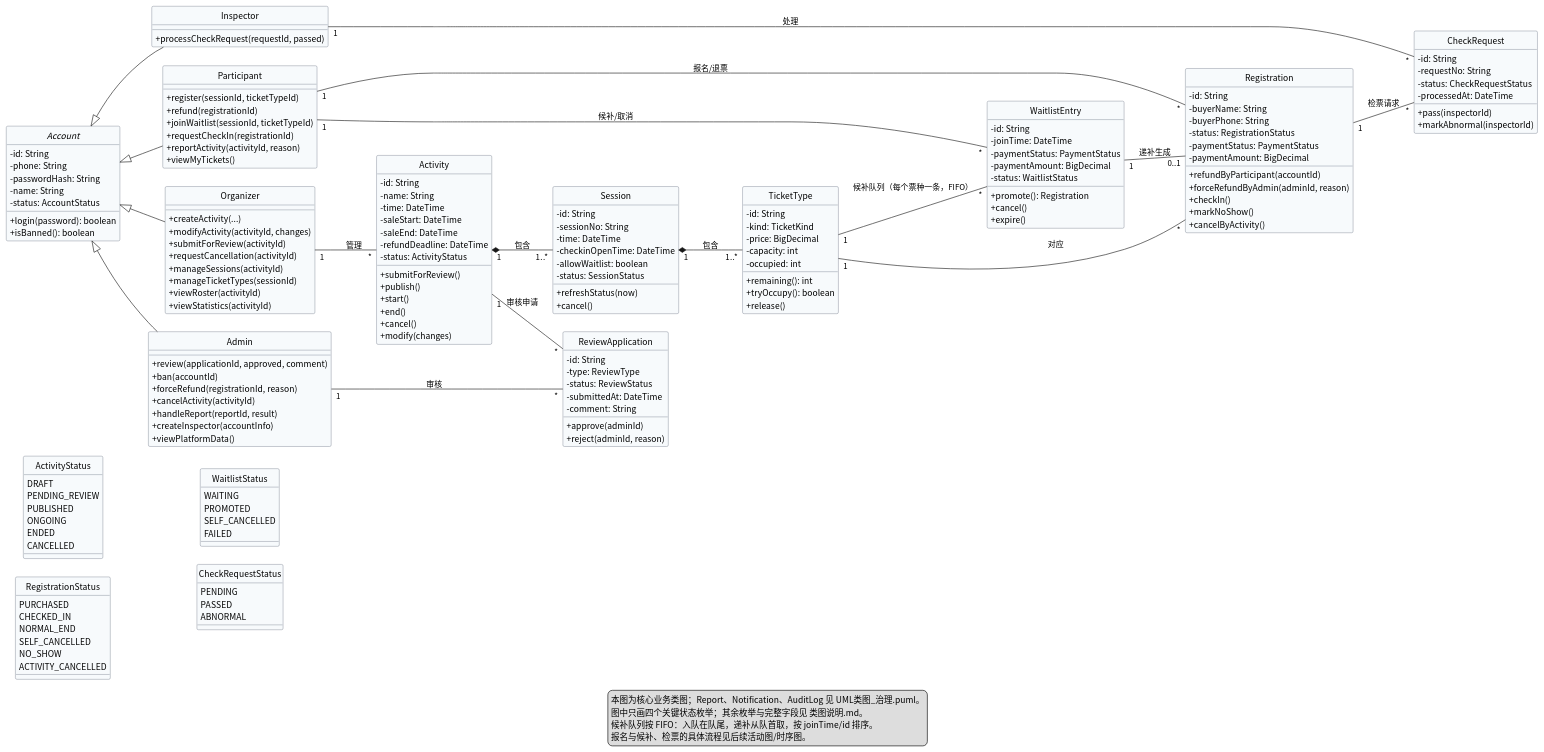
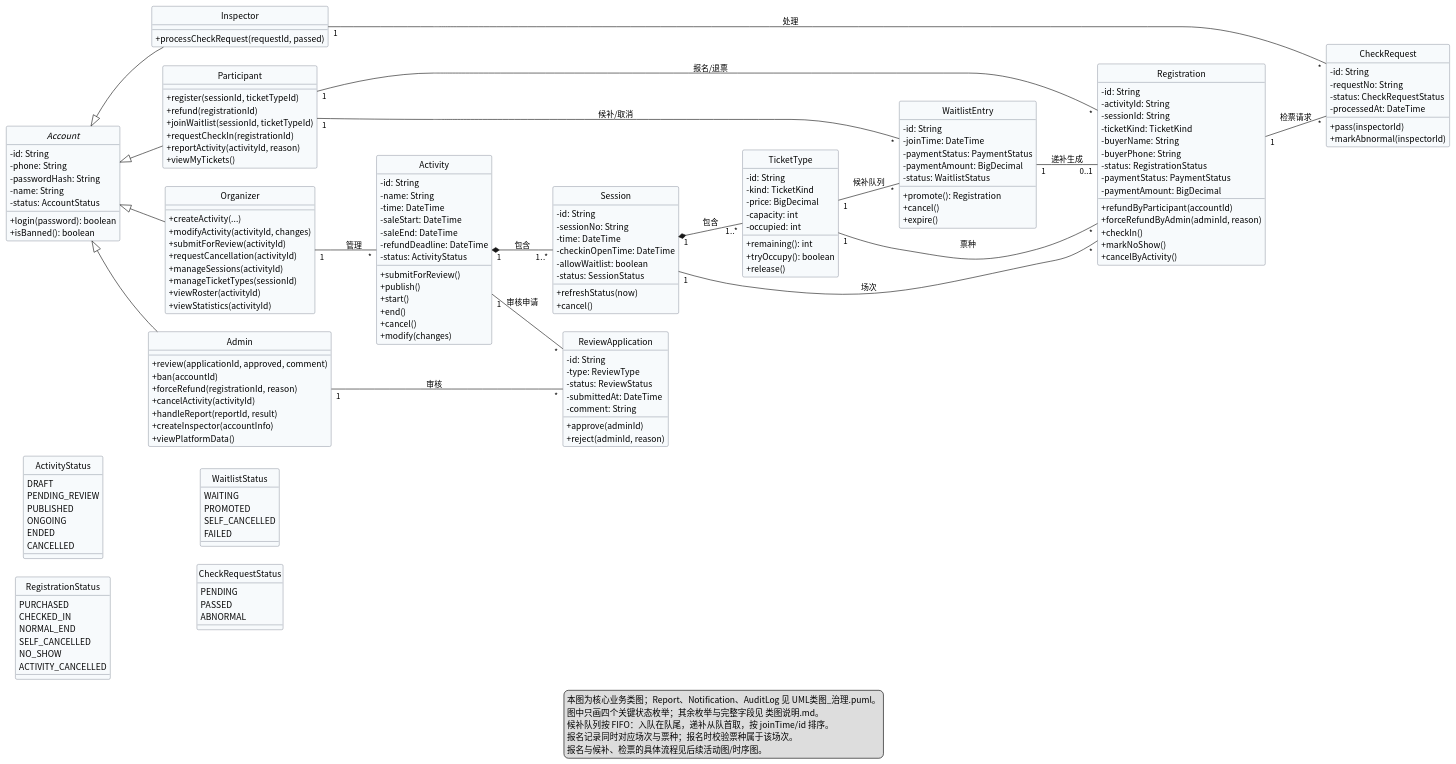
The diagram in lab2/UML/UML类图.puml (Lewis-44-China/se-lab1-requirements), drawn with PlantUML before and after one commit. The commit also changed 3 other files, not shown here.

```diff
--- a/lab2/UML/UML类图.puml
+++ b/lab2/UML/UML类图.puml
@@ -1,185 +1,190 @@
 @startuml UML类图
 skinparam classAttributeIconSize 0
 skinparam shadowing false
 skinparam defaultFontName "Noto Sans CJK SC"
 skinparam nodesep 30
 skinparam ranksep 45
 skinparam class {
   BackgroundColor #F7FAFC
   BorderColor #4A5568
 }
 hide circle
 left to right direction
 
 together {
 abstract class Account {
   - id: String
   - phone: String
   - passwordHash: String
   - name: String
   - status: AccountStatus
   + login(password): boolean
   + isBanned(): boolean
 }
 class Participant {
   + register(sessionId, ticketTypeId)
   + refund(registrationId)
   + joinWaitlist(sessionId, ticketTypeId)
   + requestCheckIn(registrationId)
   + reportActivity(activityId, reason)
   + viewMyTickets()
 }
 class Organizer {
   + createActivity(...)
   + modifyActivity(activityId, changes)
   + submitForReview(activityId)
   + requestCancellation(activityId)
   + manageSessions(activityId)
   + manageTicketTypes(sessionId)
   + viewRoster(activityId)
   + viewStatistics(activityId)
 }
 class Inspector {
   + processCheckRequest(requestId, passed)
 }
 class Admin {
   + review(applicationId, approved, comment)
   + ban(accountId)
   + forceRefund(registrationId, reason)
   + cancelActivity(activityId)
   + handleReport(reportId, result)
   + createInspector(accountInfo)
   + viewPlatformData()
 }
 
 }
 class Activity {
   - id: String
   - name: String
   - time: DateTime
   - saleStart: DateTime
   - saleEnd: DateTime
   - refundDeadline: DateTime
   - status: ActivityStatus
   + submitForReview()
   + publish()
   + start()
   + end()
   + cancel()
   + modify(changes)
 }
 class Session {
   - id: String
   - sessionNo: String
   - time: DateTime
   - checkinOpenTime: DateTime
   - allowWaitlist: boolean
   - status: SessionStatus
   + refreshStatus(now)
   + cancel()
 }
 class TicketType {
   - id: String
   - kind: TicketKind
   - price: BigDecimal
   - capacity: int
   - occupied: int
   + remaining(): int
   + tryOccupy(): boolean
   + release()
 }
 class Registration {
   - id: String
+  - activityId: String
+  - sessionId: String
+  - ticketKind: TicketKind
   - buyerName: String
   - buyerPhone: String
   - status: RegistrationStatus
   - paymentStatus: PaymentStatus
   - paymentAmount: BigDecimal
   + refundByParticipant(accountId)
   + forceRefundByAdmin(adminId, reason)
   + checkIn()
   + markNoShow()
   + cancelByActivity()
 }
 class WaitlistEntry {
   - id: String
   - joinTime: DateTime
   - paymentStatus: PaymentStatus
   - paymentAmount: BigDecimal
   - status: WaitlistStatus
   + promote(): Registration
   + cancel()
   + expire()
 }
 class CheckRequest {
   - id: String
   - requestNo: String
   - status: CheckRequestStatus
   - processedAt: DateTime
   + pass(inspectorId)
   + markAbnormal(inspectorId)
 }
 class ReviewApplication {
   - id: String
   - type: ReviewType
   - status: ReviewStatus
   - submittedAt: DateTime
   - comment: String
   + approve(adminId)
   + reject(adminId, reason)
 }
 
 enum ActivityStatus {
   DRAFT
   PENDING_REVIEW
   PUBLISHED
   ONGOING
   ENDED
   CANCELLED
 }
 enum RegistrationStatus {
   PURCHASED
   CHECKED_IN
   NORMAL_END
   SELF_CANCELLED
   NO_SHOW
   ACTIVITY_CANCELLED
 }
 enum WaitlistStatus {
   WAITING
   PROMOTED
   SELF_CANCELLED
   FAILED
 }
 enum CheckRequestStatus {
   PENDING
   PASSED
   ABNORMAL
 }
 
 Account <|-- Participant
 Account <|-- Organizer
 Account <|-- Inspector
 Account <|-- Admin
 
 Organizer "1" -- "*" Activity : 管理
 Activity "1" *-- "1..*" Session : 包含
 Session "1" *-- "1..*" TicketType : 包含
 Activity "1" -- "*" ReviewApplication : 审核申请
 Admin "1" -- "*" ReviewApplication : 审核
 
 Participant "1" -- "*" Registration : 报名/退票
-TicketType "1" -- "*" Registration : 对应
+Session "1" -- "*" Registration : 场次
+TicketType "1" -- "*" Registration : 票种
 Participant "1" -- "*" WaitlistEntry : 候补/取消
-TicketType "1" -- "*" WaitlistEntry : 候补队列（每个票种一条，FIFO）
+TicketType "1" -- "*" WaitlistEntry : 候补队列
 WaitlistEntry "1" -- "0..1" Registration : 递补生成
 Registration "1" -- "*" CheckRequest : 检票请求
 Inspector "1" -- "*" CheckRequest : 处理
 
 legend bottom
   本图为核心业务类图；Report、Notification、AuditLog 见 UML类图_治理.puml。
   图中只画四个关键状态枚举；其余枚举与完整字段见 类图说明.md。
   候补队列按 FIFO：入队在队尾，递补从队首取，按 joinTime/id 排序。
+  报名记录同时对应场次与票种；报名时校验票种属于该场次。
   报名与候补、检票的具体流程见后续活动图/时序图。
 endlegend
 @enduml
```
